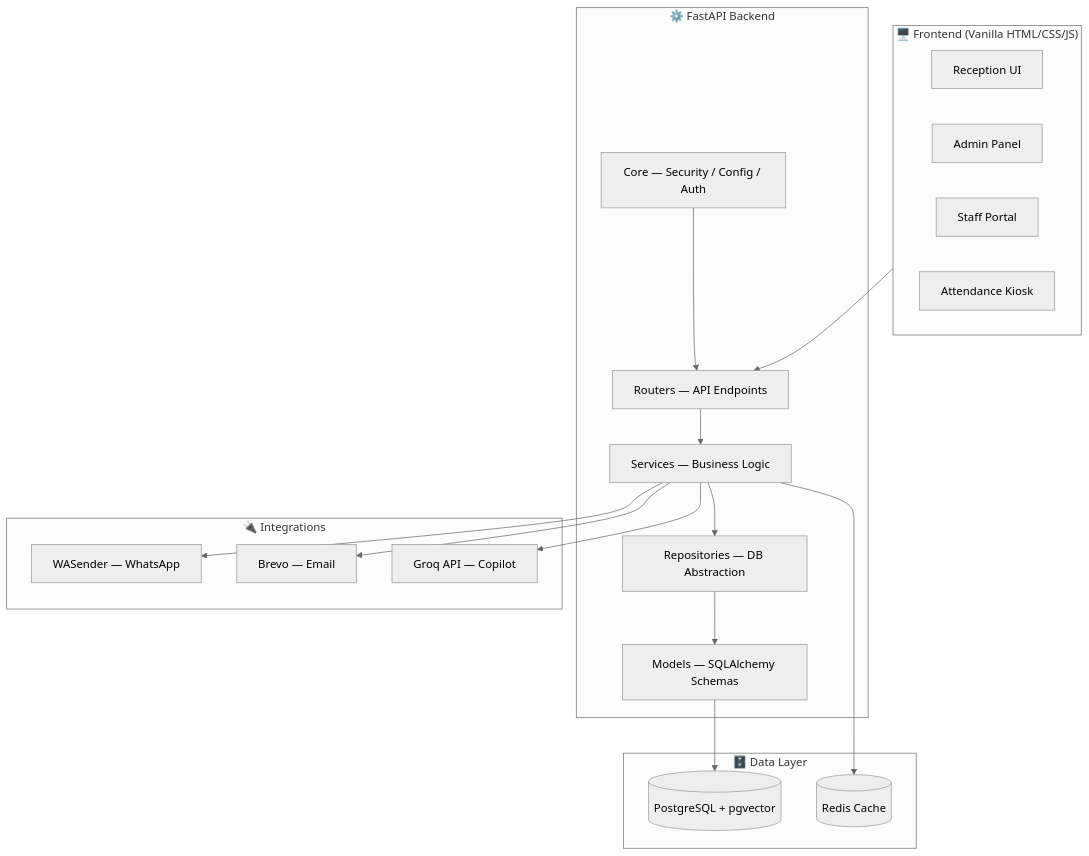
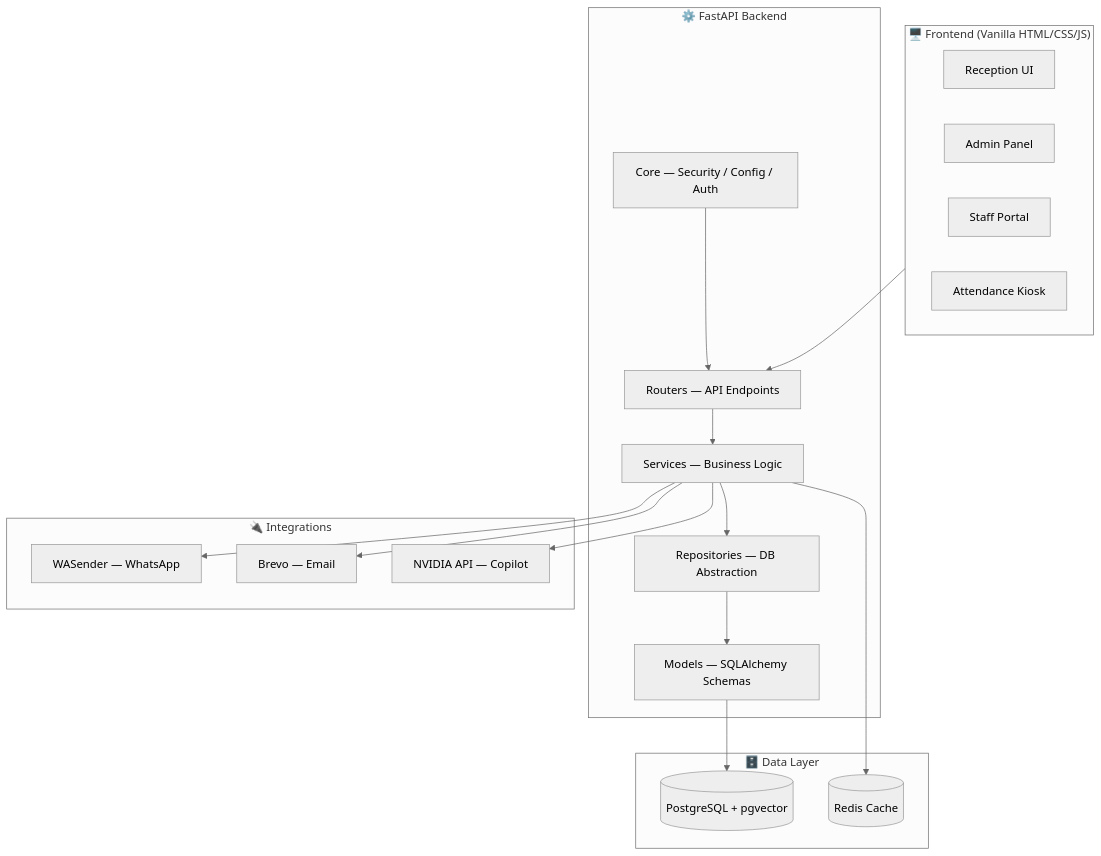
Before and after one commit to Kunal9608/Akriti: the first of 2 diagrams in README.md, drawn with Mermaid (neutral theme). The commit also changed other lines of this file and 1 other file, not shown here.

Commit message:
docs: Fix AI API documentation to accurately reflect NVIDIA integration

````diff
--- a/README.md
+++ b/README.md
@@ -100,35 +100,35 @@
 ```mermaid
 flowchart TB
     subgraph Frontend["🖥️ Frontend (Vanilla HTML/CSS/JS)"]
         R[Reception UI]
         A[Admin Panel]
         S[Staff Portal]
         K[Attendance Kiosk]
     end
 
     subgraph Backend["⚙️ FastAPI Backend"]
         RT[Routers — API Endpoints]
         SV[Services — Business Logic]
         RP[Repositories — DB Abstraction]
         MD[Models — SQLAlchemy Schemas]
         CR[Core — Security / Config / Auth]
     end
 
     subgraph Data["🗄️ Data Layer"]
         PG[(PostgreSQL + pgvector)]
         RD[(Redis Cache)]
     end
 
     subgraph External["🔌 Integrations"]
         WA[WASender — WhatsApp]
         BR[Brevo — Email]
-        AI[Groq API — Copilot]
+        AI[NVIDIA API — Copilot]
     end
 
     Frontend --> RT --> SV --> RP --> MD --> PG
     SV --> RD
     SV --> WA
     SV --> BR
     SV --> AI
     CR --> RT
 ```
````
